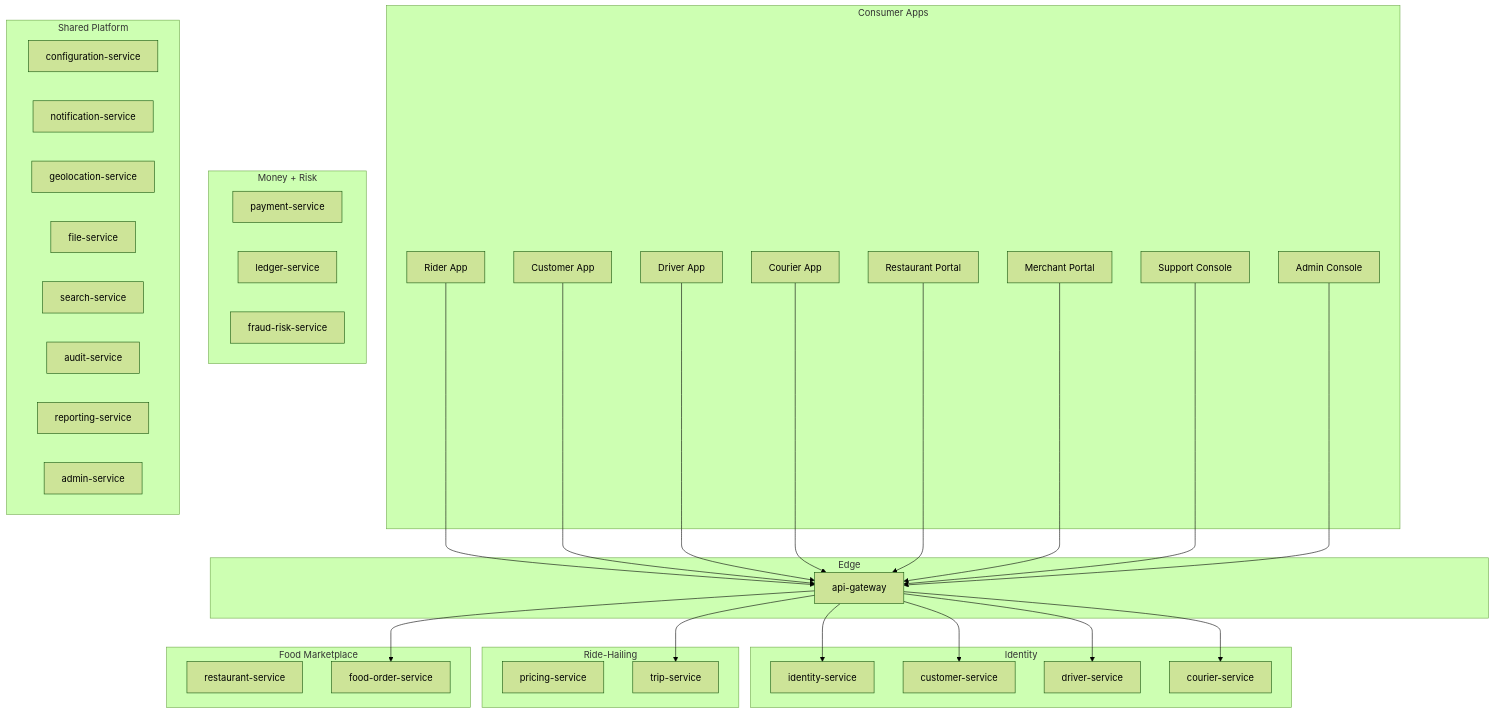
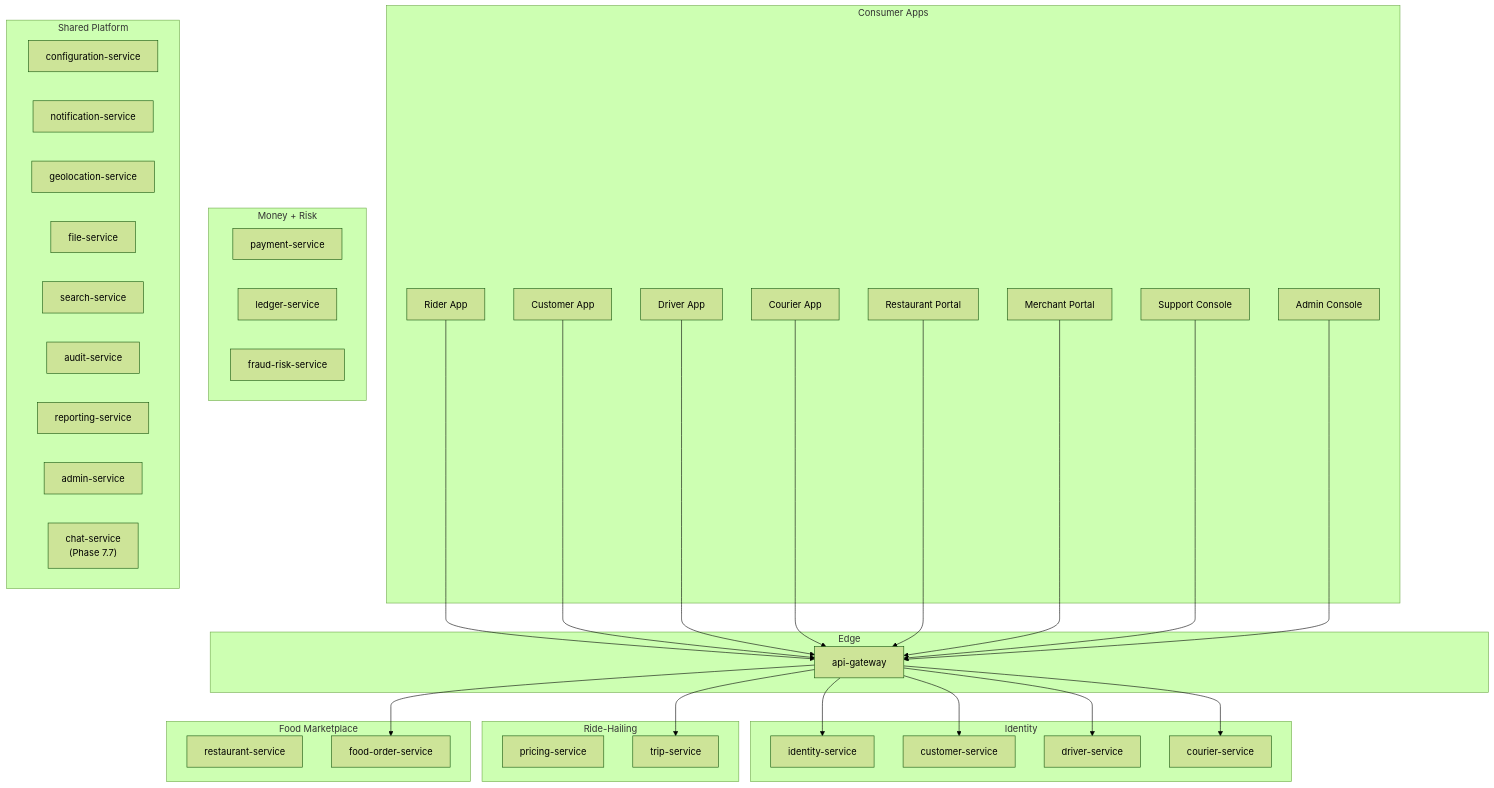
The first of 2 diagrams in docs/architecture/SYSTEM_OVERVIEW.md (mohamedhabibwork/trips-enjoy-docs), drawn with Mermaid (forest theme) before and after one commit. The commit also changed other lines of this file and 201 other files, not shown here.

````diff
--- a/docs/architecture/SYSTEM_OVERVIEW.md
+++ b/docs/architecture/SYSTEM_OVERVIEW.md
@@ -87,67 +91,68 @@
 ```mermaid
 graph TB
     subgraph Consumer["Consumer Apps"]
         RC[Rider App]
         CC[Customer App]
         DC[Driver App]
         COC[Courier App]
         RP[Restaurant Portal]
         MP[Merchant Portal]
         SP[Support Console]
         AP[Admin Console]
     end
 
     subgraph Edge["Edge"]
         GW["api-gateway"]
     end
 
     subgraph Identity["Identity"]
         ID["identity-service"]
         CST["customer-service"]
         DRV["driver-service"]
         CUR["courier-service"]
     end
 
     subgraph Money["Money + Risk"]
         PAY["payment-service"]
         LDG["ledger-service"]
         FRD["fraud-risk-service"]
     end
 
-    subgraph Platform["Shared Platform"]
-        CFG["configuration-service"]
-        NOT["notification-service"]
-        GEO["geolocation-service"]
-        FIL["file-service"]
-        SRH["search-service"]
-        AUD["audit-service"]
-        REP["reporting-service"]
-        ADM["admin-service"]
+subgraph Platform["Shared Platform"]
+      CFG["configuration-service"]
+      NOT["notification-service"]
+      GEO["geolocation-service"]
+      FIL["file-service"]
+      SRH["search-service"]
+      AUD["audit-service"]
+      REP["reporting-service"]
+      ADM["admin-service"]
+      CHT["chat-service<br/>(Phase 7.7)"]
     end
 
     subgraph Ride["Ride-Hailing"]
         PRC["pricing-service"]
         TRP["trip-service"]
     end
 
     subgraph Food["Food Marketplace"]
         RES["restaurant-service"]
         FOS["food-order-service"]
     end
 
     RC --> GW
     CC --> GW
     DC --> GW
     COC --> GW
     RP --> GW
     MP --> GW
     SP --> GW
     AP --> GW
 
     GW --> ID
     GW --> CST
     GW --> DRV
     GW --> CUR
     GW --> TRP
     GW --> FOS
 ```
````
